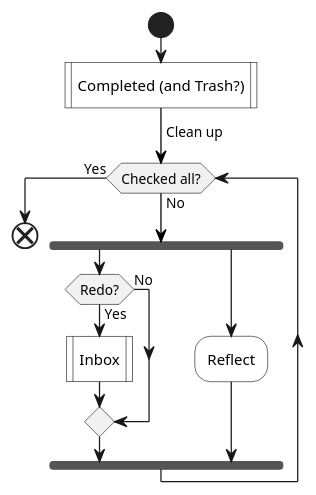
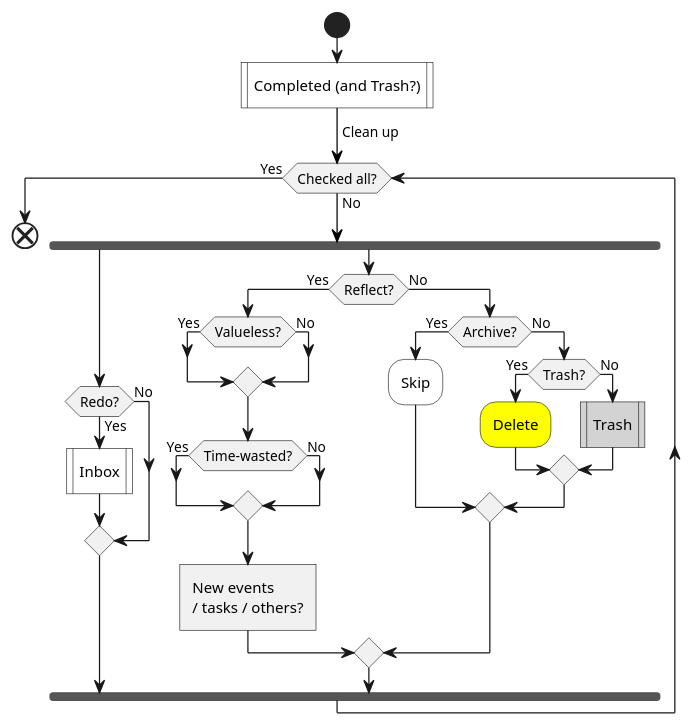
Before and after one commit to IceHe/icehe-lib: the sixth of 6 diagrams in lifelogs/rehabilitation.md, drawn with PlantUML. The commit also changed other lines of this file, not shown here.

````diff
--- a/lifelogs/rehabilitation.md
+++ b/lifelogs/rehabilitation.md
@@ -449,41 +406,38 @@
 ```plantuml
 @startuml
 start
 #white:Completed (and Trash?)|
 -[#black]-> Clean up;
 while (Checked all?) is (No)
     fork
         if (Redo?) then (Yes)
             #white:Inbox|
             '#white:Redo;
             '#lightGray:Task|
         else (No)
         endif
     fork again
-        #white:Reflect;
-        'if (No thought or question?) then (Yes)
-        '    #white:Reflect;
-        '    'if (Value?) then (Great job)
-        '    'else (Valueless)
-        '    'endif
-        '    'if (Long duration?) then (Reasonable)
-        '    'else (Time wasted)
-        '    'endif
-        '    ':New events / tasks / thoughts / questions?]
-        'else (No)
-        '    'if (Need archives?) then (Yes)
-        '    '    #white:Do nothing;
-        '    'else (No)
-        '    '    if (Completed?) then (Yes)
-        '    '        #white:Discard;
-        '    '        #lightGray:Trash|
-        '    '    else (No)
-        '    '        #yellow:Delete Forever;
-        '    '    endif
-        '    'endif
-        'endif
+        if (Reflect?) then (Yes)
+            if (Valueless?) then (Yes)
+            else (No)
+            endif
+            if (Time-wasted?) then (Yes)
+            else (No)
+            endif
+            :New events \n/ tasks / others?]
+        else (No)
+            if (Archive?) then (Yes)
+                #white:Skip;
+            else (No)
+                if (Trash?) then (Yes)
+                    #yellow:Delete;
+                else (No)
+                    #lightGray:Trash|
+                endif
+            endif
+        endif
     end fork
 endwhile (Yes)
 end
 @enduml
 ```
````
